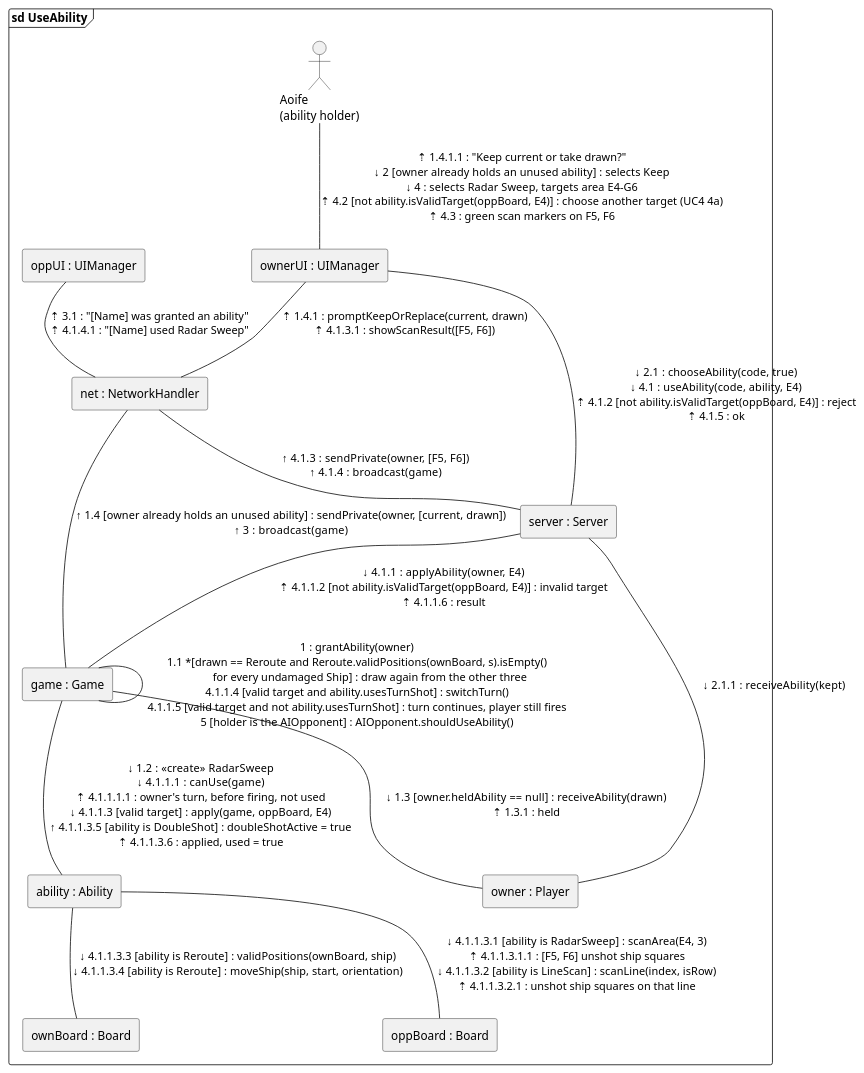
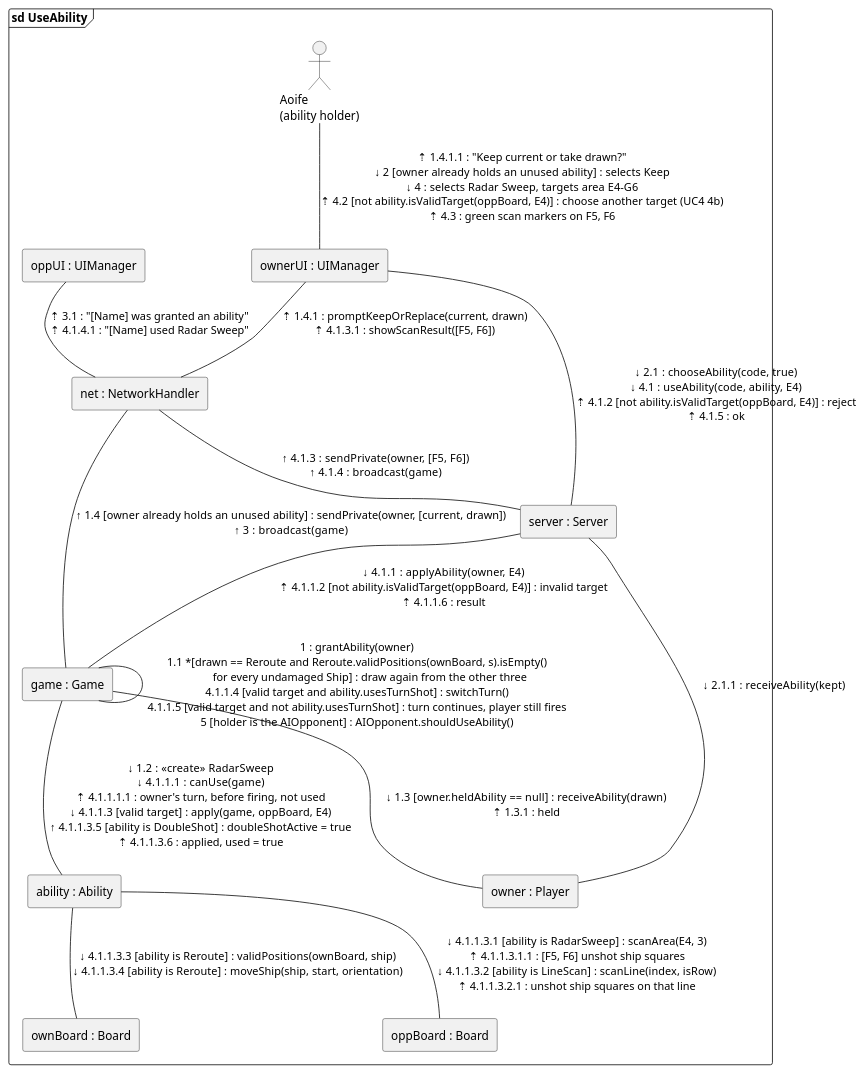
Before and after one commit to queeeety/battleship-online: the diagram in docs/uml/communication/use-ability.puml, drawn with PlantUML. The commit also changed 3 other files, not shown here.

Commit message:
Fixed 4 diagrams to match Usecase numbering

```diff
--- a/docs/uml/communication/use-ability.puml
+++ b/docs/uml/communication/use-ability.puml
@@ -1,27 +1,27 @@
 @startuml 6_4_UseAbility_CommunicationDiagram
 frame "sd UseAbility" {
   actor "Aoife\n(ability holder)" as Owner
   rectangle "ownerUI : UIManager" as UI
   rectangle "net : NetworkHandler" as Net
   rectangle "oppUI : UIManager" as OppUI
   rectangle "server : Server" as Server
   rectangle "game : Game" as Game
   rectangle "owner : Player" as Player
   rectangle "ability : Ability" as Ability
   rectangle "ownBoard : Board" as OwnBoard
   rectangle "oppBoard : Board" as OppBoard
-  Owner -down- UI : ⇡ 1.4.1.1 : "Keep current or take drawn?"\n↓ 2 [owner already holds an unused ability] : selects Keep\n↓ 4 : selects Radar Sweep, targets area E4-G6\n⇡ 4.2 [not ability.isValidTarget(oppBoard, E4)] : choose another target (UC4 4a)\n⇡ 4.3 : green scan markers on F5, F6
+  Owner -down- UI : ⇡ 1.4.1.1 : "Keep current or take drawn?"\n↓ 2 [owner already holds an unused ability] : selects Keep\n↓ 4 : selects Radar Sweep, targets area E4-G6\n⇡ 4.2 [not ability.isValidTarget(oppBoard, E4)] : choose another target (UC4 4b)\n⇡ 4.3 : green scan markers on F5, F6
   UI -down- Net : ⇡ 1.4.1 : promptKeepOrReplace(current, drawn)\n⇡ 4.1.3.1 : showScanResult([F5, F6])
   OppUI -down- Net : ⇡ 3.1 : "[Name] was granted an ability"\n⇡ 4.1.4.1 : &#34;[Name] used Radar Sweep&#34;
   UI -down- Server : ↓ 2.1 : chooseAbility(code, true)\n↓ 4.1 : useAbility(code, ability, E4)\n⇡ 4.1.2 [not ability.isValidTarget(oppBoard, E4)] : reject\n⇡ 4.1.5 : ok
   Net -down- Server : ↑ 4.1.3 : sendPrivate(owner, [F5, F6])\n↑ 4.1.4 : broadcast(game)
   Net -down- Game : ↑ 1.4 [owner already holds an unused ability] : sendPrivate(owner, [current, drawn])\n↑ 3 : broadcast(game)
   Server -down- Game : ↓ 4.1.1 : applyAbility(owner, E4)\n⇡ 4.1.1.2 [not ability.isValidTarget(oppBoard, E4)] : invalid target\n⇡ 4.1.1.6 : result
   Server -down- Player : ↓ 2.1.1 : receiveAbility(kept)
   Game -- Game : 1 : grantAbility(owner)\n1.1 *[drawn == Reroute and Reroute.validPositions(ownBoard, s).isEmpty()\n         for every undamaged Ship] : draw again from the other three\n4.1.1.4 [valid target and ability.usesTurnShot] : switchTurn()\n4.1.1.5 [valid target and not ability.usesTurnShot] : turn continues, player still fires\n5 [holder is the AIOpponent] : AIOpponent.shouldUseAbility()
   Game -down- Ability : ↓ 1.2 : <<create>> RadarSweep\n↓ 4.1.1.1 : canUse(game)\n⇡ 4.1.1.1.1 : owner's turn, before firing, not used\n↓ 4.1.1.3 [valid target] : apply(game, oppBoard, E4)\n↑ 4.1.1.3.5 [ability is DoubleShot] : doubleShotActive = true\n⇡ 4.1.1.3.6 : applied, used = true
   Game -down- Player : ↓ 1.3 [owner.heldAbility == null] : receiveAbility(drawn)\n⇡ 1.3.1 : held
   Ability -down- OppBoard : ↓ 4.1.1.3.1 [ability is RadarSweep] : scanArea(E4, 3)\n⇡ 4.1.1.3.1.1 : [F5, F6] unshot ship squares\n↓ 4.1.1.3.2 [ability is LineScan] : scanLine(index, isRow)\n⇡ 4.1.1.3.2.1 : unshot ship squares on that line
   Ability -down- OwnBoard : ↓ 4.1.1.3.3 [ability is Reroute] : validPositions(ownBoard, ship)\n↓ 4.1.1.3.4 [ability is Reroute] : moveShip(ship, start, orientation)
 }
 @enduml
```
